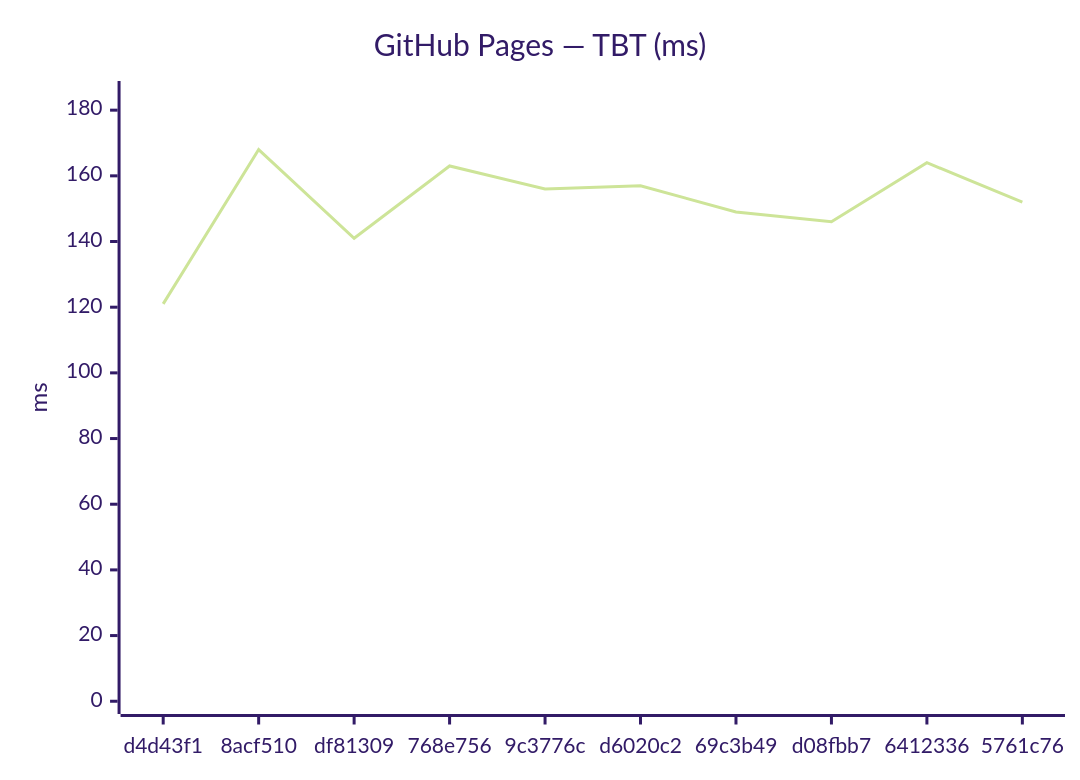
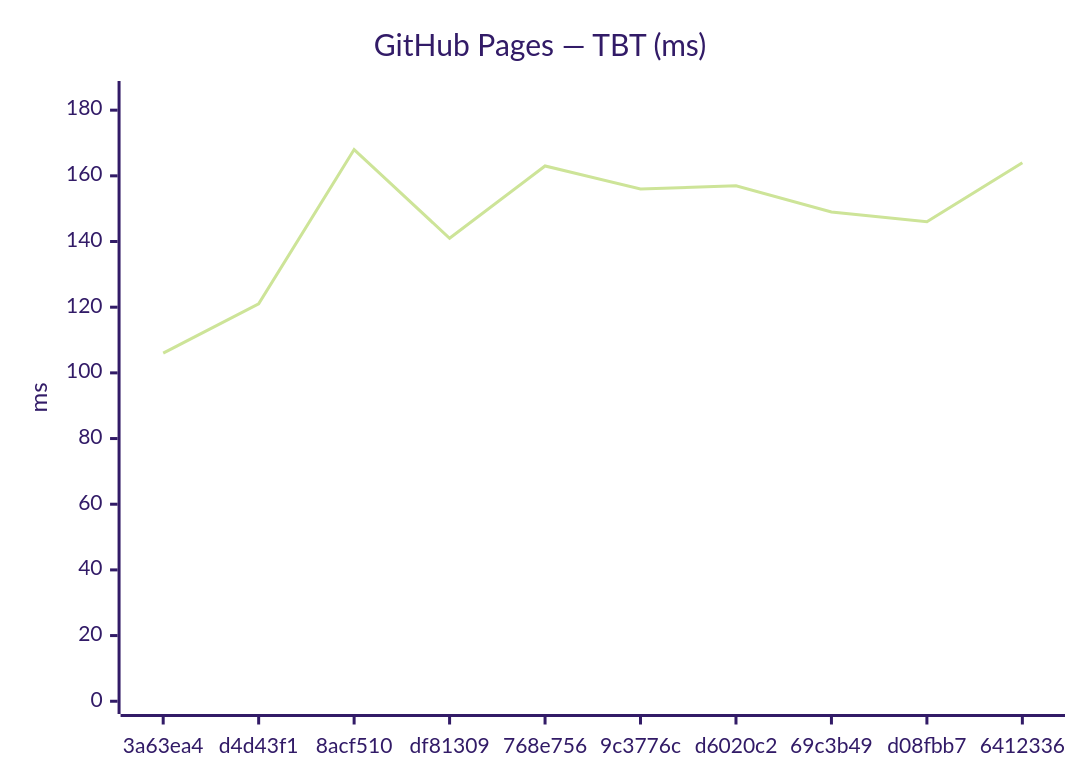
One commit to Metaheurist/Rianell changed the fourth of 18 diagrams in benchmarks/compare.md. Above: the diagram before and after it, drawn with Mermaid (forest theme). The commit also changed other lines of this file and 11 other files, not shown here.

````diff
--- a/benchmarks/compare.md
+++ b/benchmarks/compare.md
@@ -61,7 +61,7 @@
 ```mermaid
 xychart-beta
     title "GitHub Pages — TBT (ms)"
-    x-axis ["d4d43f1", "8acf510", "df81309", "768e756", "9c3776c", "d6020c2", "69c3b49", "d08fbb7", "6412336", "5761c76"]
+    x-axis ["3a63ea4", "d4d43f1", "8acf510", "df81309", "768e756", "9c3776c", "d6020c2", "69c3b49", "d08fbb7", "6412336"]
     y-axis "ms" 0 --> 185
-    line [121, 168, 141, 163, 156, 157, 149, 146, 164, 152]
+    line [106, 121, 168, 141, 163, 156, 157, 149, 146, 164]
 ```
````
